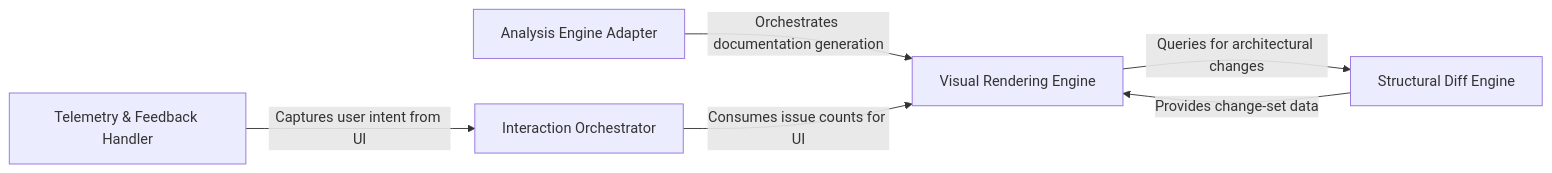
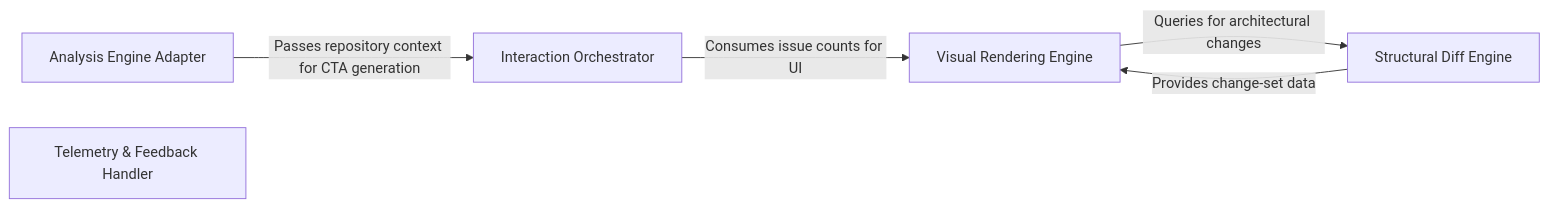
Before and after one commit to CodeBoarding/CodeBoarding-action: the diagram in .codeboarding/overview.md, drawn with Mermaid. The commit also changed other lines of this file and 6 other files, not shown here.

Commit message:
chore(codeboarding): sync architecture baseline

````diff
--- a/.codeboarding/overview.md
+++ b/.codeboarding/overview.md
@@ -1,13 +1,12 @@
 ```mermaid
 graph LR
     Analysis_Engine_Adapter["Analysis Engine Adapter"]
     Visual_Rendering_Engine["Visual Rendering Engine"]
     Structural_Diff_Engine["Structural Diff Engine"]
     Telemetry_Feedback_Handler["Telemetry & Feedback Handler"]
     Interaction_Orchestrator["Interaction Orchestrator"]
-    Analysis_Engine_Adapter -- "Orchestrates documentation generation" --> Visual_Rendering_Engine
+    Analysis_Engine_Adapter -- "Passes repository context for CTA generation" --> Interaction_Orchestrator
     Visual_Rendering_Engine -- "Queries for architectural changes" --> Structural_Diff_Engine
     Structural_Diff_Engine -- "Provides change-set data" --> Visual_Rendering_Engine
-    Telemetry_Feedback_Handler -- "Captures user intent from UI" --> Interaction_Orchestrator
     Interaction_Orchestrator -- "Consumes issue counts for UI" --> Visual_Rendering_Engine
 ```
````
